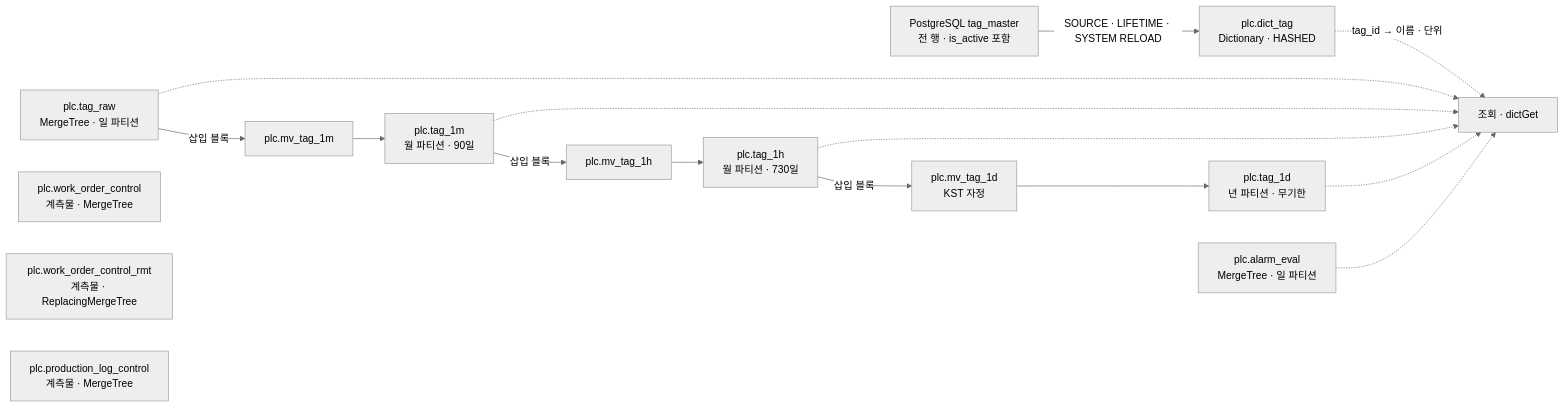
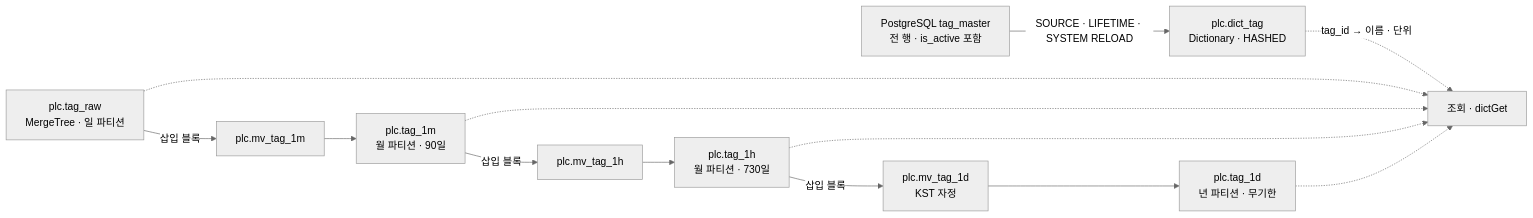
Before and after one commit to jaepil02/db_study: the second of 3 diagrams in docs/05_data_stores/erd.md, drawn with Mermaid (neutral theme). The commit also changed other lines of this file and 128 other files, not shown here.

````diff
--- a/docs/05_data_stores/erd.md
+++ b/docs/05_data_stores/erd.md
@@ -217,28 +161,23 @@
 ```mermaid
 flowchart LR
     PGTM["PostgreSQL tag_master<br/>전 행 · is_active 포함"]
     DICT["plc.dict_tag<br/>Dictionary · HASHED"]
     RAW["plc.tag_raw<br/>MergeTree · 일 파티션"]
     MV1["plc.mv_tag_1m"]
     T1["plc.tag_1m<br/>월 파티션 · 90일"]
     MV2["plc.mv_tag_1h"]
     T2["plc.tag_1h<br/>월 파티션 · 730일"]
     MV3["plc.mv_tag_1d<br/>KST 자정"]
     T3["plc.tag_1d<br/>년 파티션 · 무기한"]
-    AE["plc.alarm_eval<br/>MergeTree · 일 파티션"]
     Q["조회 · dictGet"]
-    WOC["plc.work_order_control<br/>계측물 · MergeTree"]
-    WOR["plc.work_order_control_rmt<br/>계측물 · ReplacingMergeTree"]
-    PLC["plc.production_log_control<br/>계측물 · MergeTree"]
 
     PGTM -->|"SOURCE · LIFETIME · SYSTEM RELOAD"| DICT
     RAW -->|"삽입 블록"| MV1 --> T1
     T1 -->|"삽입 블록"| MV2 --> T2
     T2 -->|"삽입 블록"| MV3 --> T3
     DICT -.->|"tag_id → 이름 · 단위"| Q
     RAW -.-> Q
     T1 -.-> Q
     T2 -.-> Q
     T3 -.-> Q
-    AE -.-> Q
 ```
````
